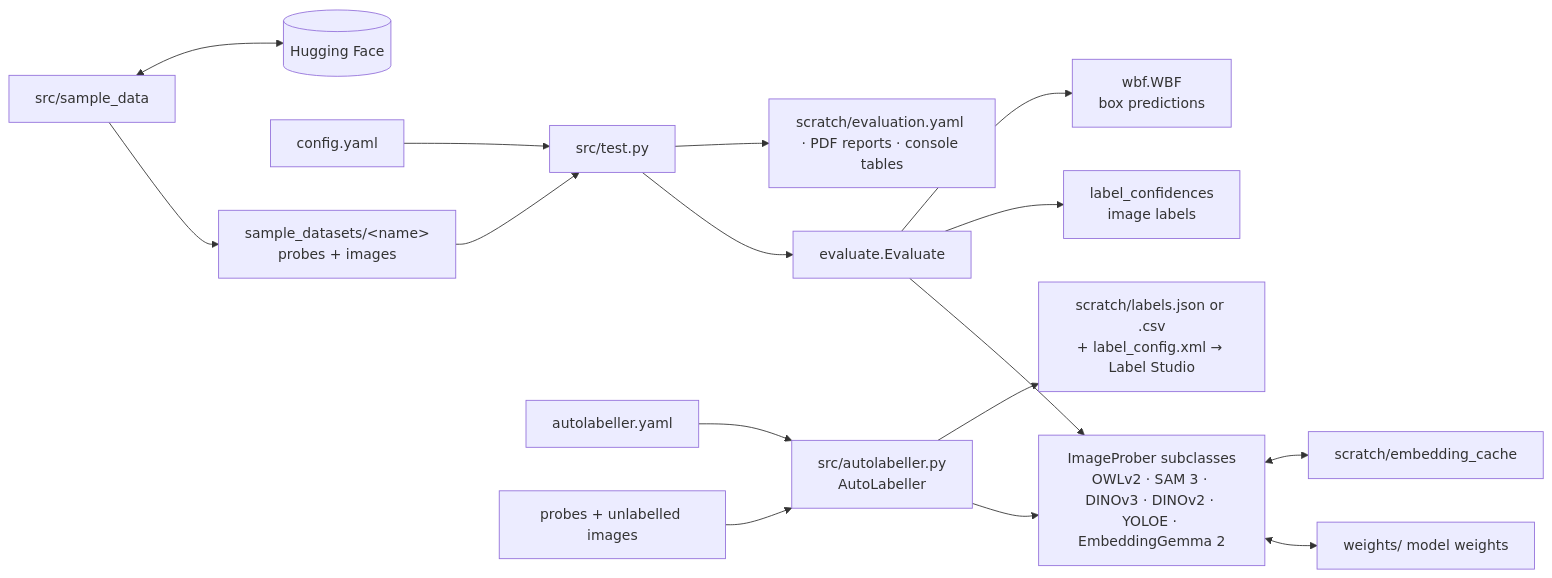
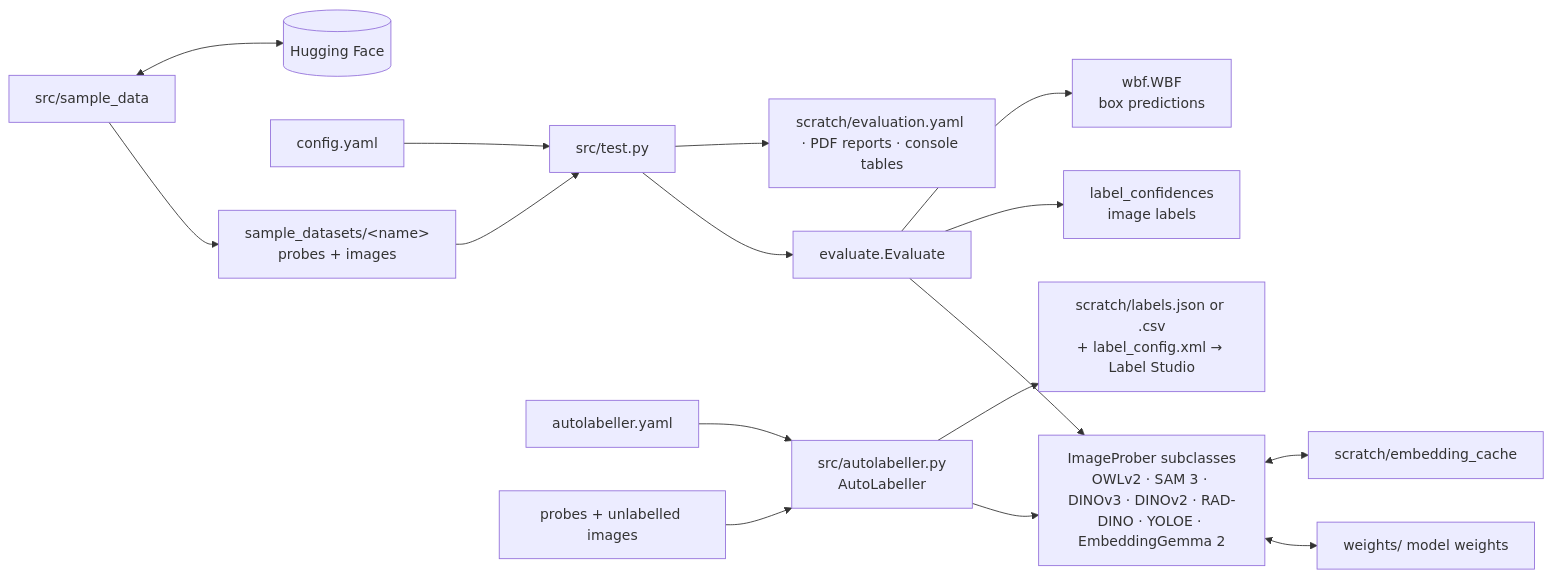
Before and after one commit to michael-mayo/autolabelling_via_embeddings: the diagram in README.md, drawn with Mermaid. The commit also changed other lines of this file and 8 other files, not shown here.

````diff
--- a/README.md
+++ b/README.md
@@ -228,18 +230,18 @@
 ```mermaid
 flowchart LR
     data[sample_datasets/&lt;name&gt;<br/>probes + images] --> test[src/test.py]
     config[config.yaml] --> test
     test --> evaluate[evaluate.Evaluate]
-    evaluate --> probers["ImageProber subclasses<br/>OWLv2 · SAM 3 · DINOv3 · DINOv2 · YOLOE · EmbeddingGemma 2"]
+    evaluate --> probers["ImageProber subclasses<br/>OWLv2 · SAM 3 · DINOv3 · DINOv2 · RAD-DINO · YOLOE · EmbeddingGemma 2"]
     probers <--> weights[weights/ model weights]
     probers <--> cache[scratch/embedding_cache]
     evaluate --> labels["label_confidences<br/>image labels"]
     evaluate --> wbf["wbf.WBF<br/>box predictions"]
     test --> out["scratch/evaluation.yaml · PDF reports · console tables"]
     builder[src/sample_data] --> data
     alcfg[autolabeller.yaml] --> al[src/autolabeller.py<br/>AutoLabeller]
     userdata[probes + unlabelled images] --> al
     al --> probers
     al --> lsout["scratch/labels.json or .csv<br/>+ label_config.xml → Label Studio"]
     builder <--> hf[(Hugging Face)]
 ```
````
